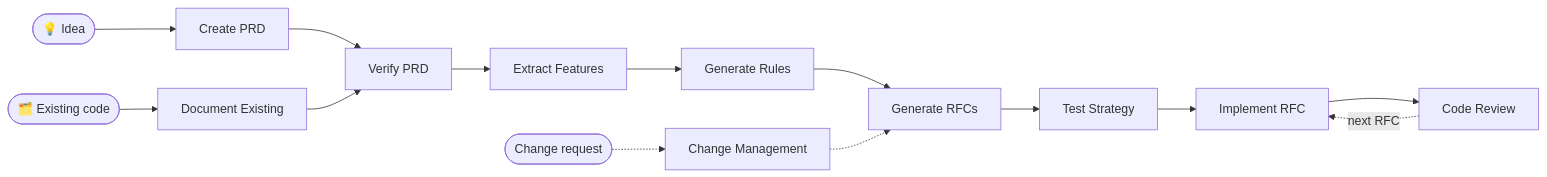
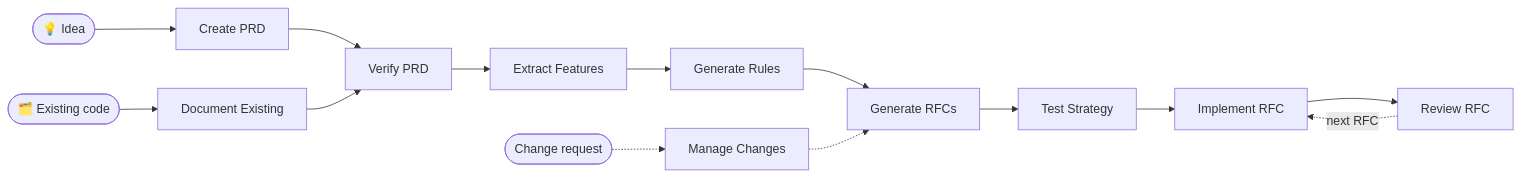
One commit to nurettincoban/ai-prd-workflow changed the diagram in README.md. Above: the diagram before and after it, drawn with Mermaid. The commit also changed other lines of this file and 1 other file, not shown here.

````diff
--- a/README.md
+++ b/README.md
@@ -105,8 +64,9 @@
 ```mermaid
 flowchart LR
-    IDEA([💡 Idea]) --> PRD[Create PRD] --> VERIFY[Verify PRD] --> FEAT[Extract Features] --> RULES[Generate Rules] --> RFCS[Generate RFCs]
+    IDEA([💡 Idea]) --> PRD[Create PRD] --> VERIFY[Verify PRD]
     CODE([🗂️ Existing code]) --> DOC[Document Existing] --> VERIFY
-    RFCS --> TEST[Test Strategy] --> IMPL[Implement RFC] --> REVIEW[Code Review]
+    VERIFY --> FEAT[Extract Features] --> RULES[Generate Rules] --> RFCS[Generate RFCs] --> TEST[Test Strategy]
+    TEST --> IMPL[Implement RFC] --> REVIEW[Review RFC]
     REVIEW -.->|next RFC| IMPL
-    CHANGE([Change request]) -.-> CM[Change Management] -.-> RFCS
+    CHANGE([Change request]) -.-> CM[Manage Changes] -.-> RFCS
 ```
````
